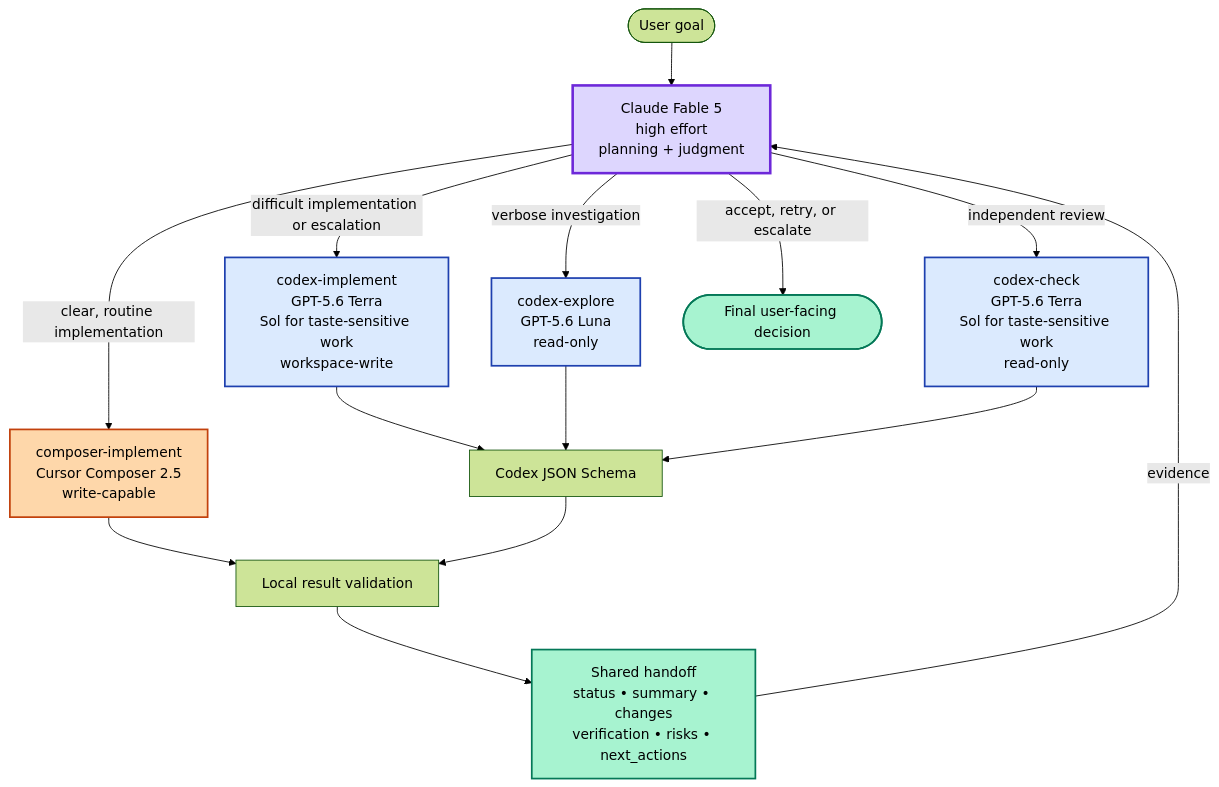
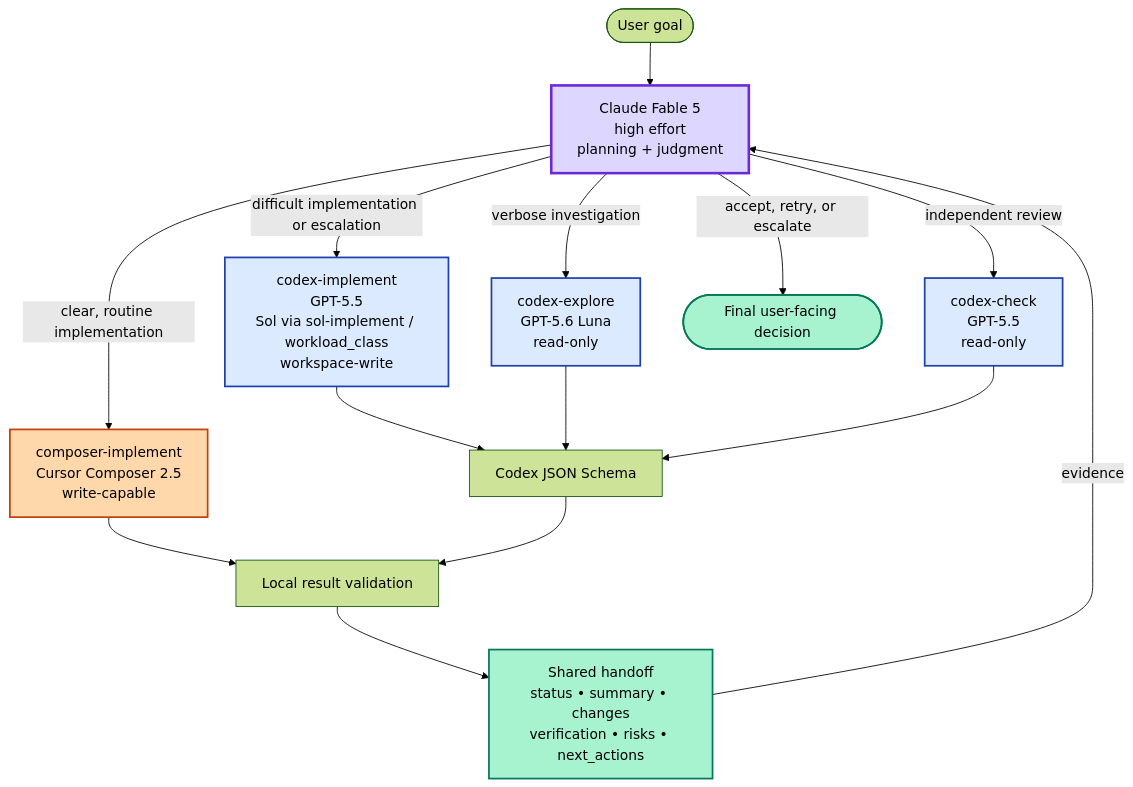
The first of 4 diagrams in docs/diagrams/mermaid.md (andysolomon/arc-orchestrator), drawn with Mermaid (forest theme) before and after one commit. The commit also changed other lines of this file and 79 other files, not shown here.

````diff
--- a/docs/diagrams/mermaid.md
+++ b/docs/diagrams/mermaid.md
@@ -5,28 +5,28 @@
 ```mermaid
 flowchart TB
     User([User goal]) --> Fable["Claude Fable 5<br/>high effort<br/>planning + judgment"]
 
     Fable -->|clear, routine implementation| Composer["composer-implement<br/>Cursor Composer 2.5<br/>write-capable"]
-    Fable -->|difficult implementation or escalation| CodexImpl["codex-implement<br/>GPT-5.6 Terra<br/>Sol for taste-sensitive work<br/>workspace-write"]
+    Fable -->|difficult implementation or escalation| CodexImpl["codex-implement<br/>GPT-5.5<br/>Sol via sol-implement / workload_class<br/>workspace-write"]
     Fable -->|verbose investigation| Explore["codex-explore<br/>GPT-5.6 Luna<br/>read-only"]
-    Fable -->|independent review| Check["codex-check<br/>GPT-5.6 Terra<br/>Sol for taste-sensitive work<br/>read-only"]
+    Fable -->|independent review| Check["codex-check<br/>GPT-5.5<br/>read-only"]
 
     Composer --> Normalize["Local result validation"]
     CodexImpl --> Schema["Codex JSON Schema"]
     Explore --> Schema
     Check --> Schema
     Schema --> Normalize
 
     Normalize --> Handoff["Shared handoff<br/>status • summary • changes<br/>verification • risks • next_actions"]
     Handoff -->|evidence| Fable
     Fable -->|accept, retry, or escalate| Result([Final user-facing decision])
 
     classDef planner fill:#ddd6fe,stroke:#6d28d9,stroke-width:3px;
     classDef composer fill:#fed7aa,stroke:#c2410c,stroke-width:2px;
     classDef codex fill:#dbeafe,stroke:#1e40af,stroke-width:2px;
     classDef evidence fill:#a7f3d0,stroke:#047857,stroke-width:2px;
     class Fable planner;
     class Composer composer;
     class CodexImpl,Explore,Check codex;
     class Handoff,Result evidence;
 ```
````
